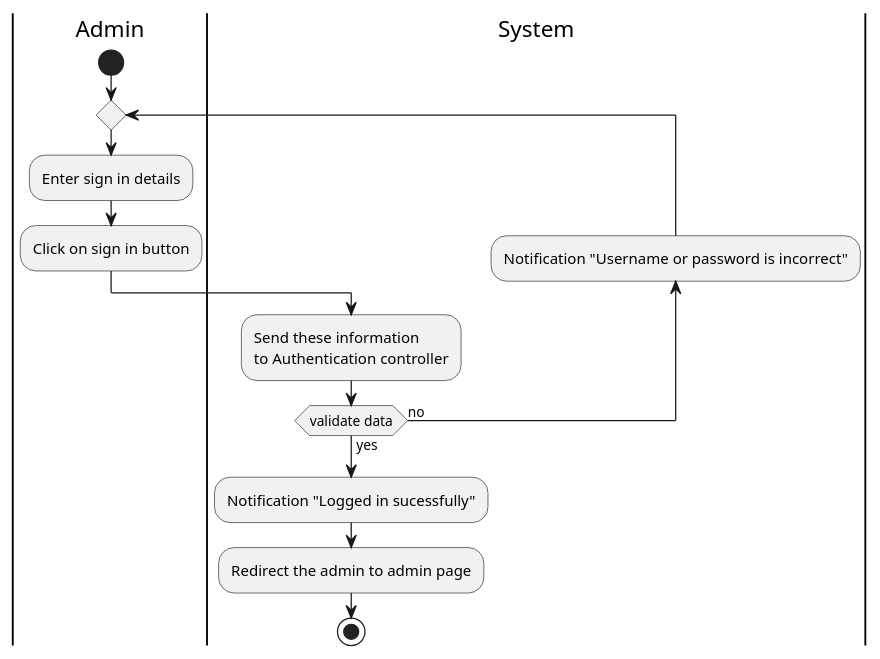
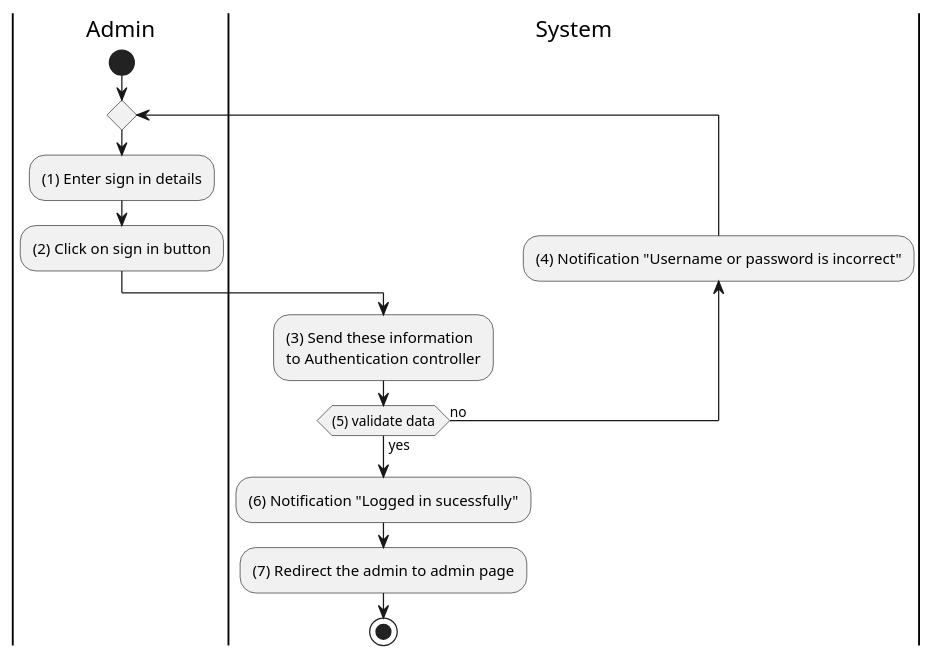
One commit to tuankietcoderr/SE357-Practice-class changed the diagram in Lab1/Lab1.2/Activity/signin.puml. Above: the diagram before and after it, drawn with PlantUML. The commit also changed 10 other files, not shown here.

```diff
--- a/Lab1/Lab1.2/Activity/signin.puml
+++ b/Lab1/Lab1.2/Activity/signin.puml
@@ -1,15 +1,15 @@
 @startuml Signin
 |Admin|
 start
 repeat 
-:Enter sign in details;
-:Click on sign in button;
+:(1) Enter sign in details;
+:(2) Click on sign in button;
 |System|
-:Send these information 
+:(3) Send these information 
 to Authentication controller;
-backward:Notification "Username or password is incorrect";
-repeat while (validate data) is (no) not (yes)
-:Notification "Logged in sucessfully";
-:Redirect the admin to admin page;
+backward:(4) Notification "Username or password is incorrect";
+repeat while ((5) validate data) is (no) not (yes)
+:(6) Notification "Logged in sucessfully";
+:(7) Redirect the admin to admin page;
 stop
 @enduml
```
